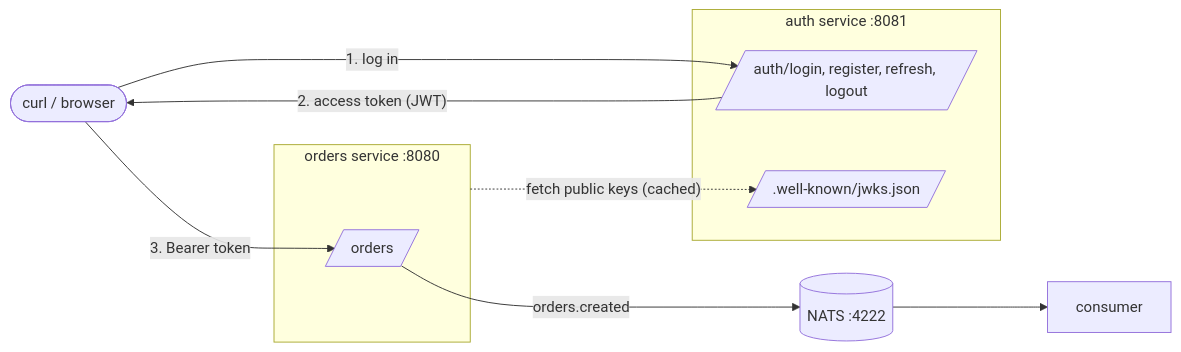
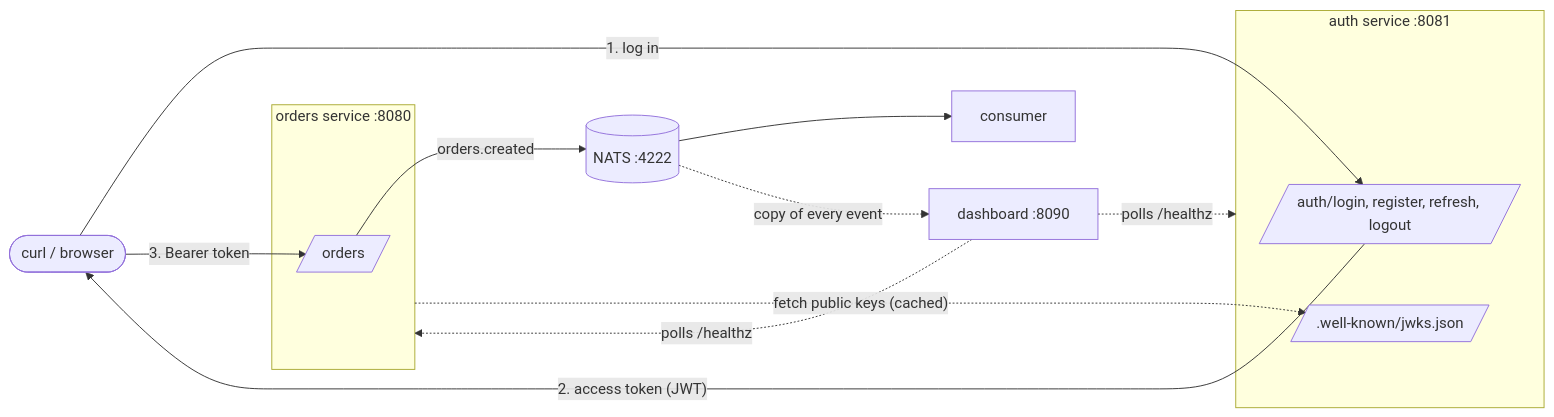
One commit to DimaMaimesko/distributed changed the diagram in README.md. Above: the diagram before and after it, drawn with Mermaid. The commit also changed other lines of this file and 8 other files, not shown here.

First line of the commit message:
Add a service status dashboard with NATS integration and live events feed

````diff
--- a/README.md
+++ b/README.md
@@ -9,23 +10,27 @@
 ```mermaid
 flowchart LR
     client([curl / browser])
 
     subgraph auth [auth service :8081]
         login[/auth/login, register, refresh, logout/]
         jwks[/.well-known/jwks.json/]
     end
 
     subgraph orders [orders service :8080]
         api[/orders/]
     end
 
     nats[(NATS :4222)]
     consumer[consumer]
+    dashboard[dashboard :8090]
 
     client -- "1. log in" --> login
     login -- "2. access token (JWT)" --> client
     client -- "3. Bearer token" --> api
     orders -. "fetch public keys (cached)" .-> jwks
     api -- "orders.created" --> nats
     nats --> consumer
+    nats -. "copy of every event" .-> dashboard
+    dashboard -. "polls /healthz" .-> auth
+    dashboard -. "polls /healthz" .-> orders
 ```
````
